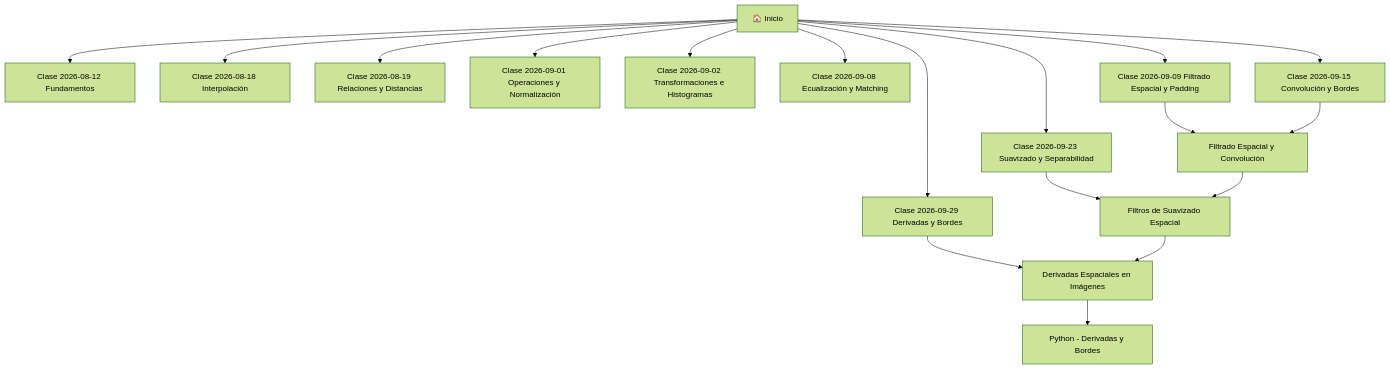
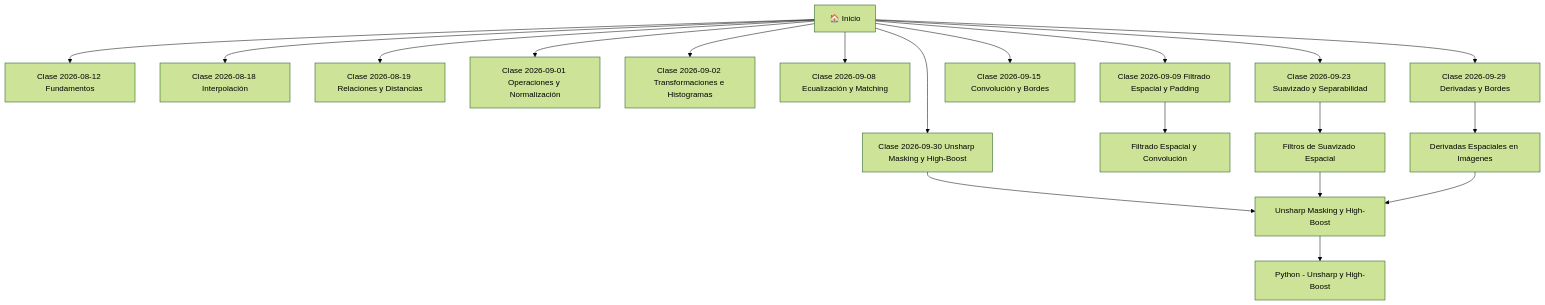
Before and after one commit to kriv-bit/Apuntes-Vision-Artificial: the diagram in Inicio.md, drawn with Mermaid (forest theme). The commit also changed other lines of this file and 3 other files, not shown here.

Commit message:
Agregar clase 11: unsharp masking y high-boost filtering

````diff
--- a/Inicio.md
+++ b/Inicio.md
@@ -63,22 +66,23 @@
 ```mermaid
 graph TD
     Inicio[🏠 Inicio] --> C1[Clase 2026-08-12 Fundamentos]
     Inicio --> C2[Clase 2026-08-18 Interpolación]
     Inicio --> C3[Clase 2026-08-19 Relaciones y Distancias]
     Inicio --> C4[Clase 2026-09-01 Operaciones y Normalización]
     Inicio --> C5[Clase 2026-09-02 Transformaciones e Histogramas]
     Inicio --> C6[Clase 2026-09-08 Ecualización y Matching]
     Inicio --> C7[Clase 2026-09-09 Filtrado Espacial y Padding]
     Inicio --> C8[Clase 2026-09-15 Convolución y Bordes]
     Inicio --> C9[Clase 2026-09-23 Suavizado y Separabilidad]
     Inicio --> C10[Clase 2026-09-29 Derivadas y Bordes]
+    Inicio --> C11[Clase 2026-09-30 Unsharp Masking y High-Boost]
     
     C7 --> N12[Filtrado Espacial y Convolución]
-    C8 --> N12
     C9 --> N14[Filtros de Suavizado Espacial]
     C10 --> N15[Derivadas Espaciales en Imágenes]
+    C11 --> N16[Unsharp Masking y High-Boost]
     
-    N12 --> N14
-    N14 --> N15
-    N15 --> P9[Python - Derivadas y Bordes]
+    N14 --> N16
+    N15 --> N16
+    N16 --> P10[Python - Unsharp y High-Boost]
 ```
````
